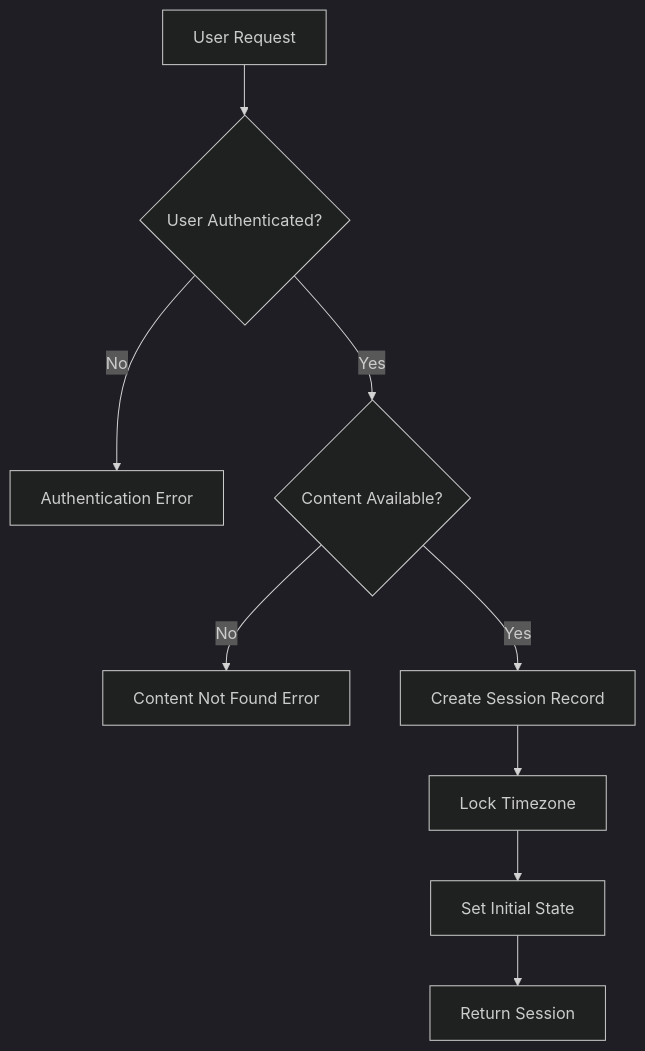
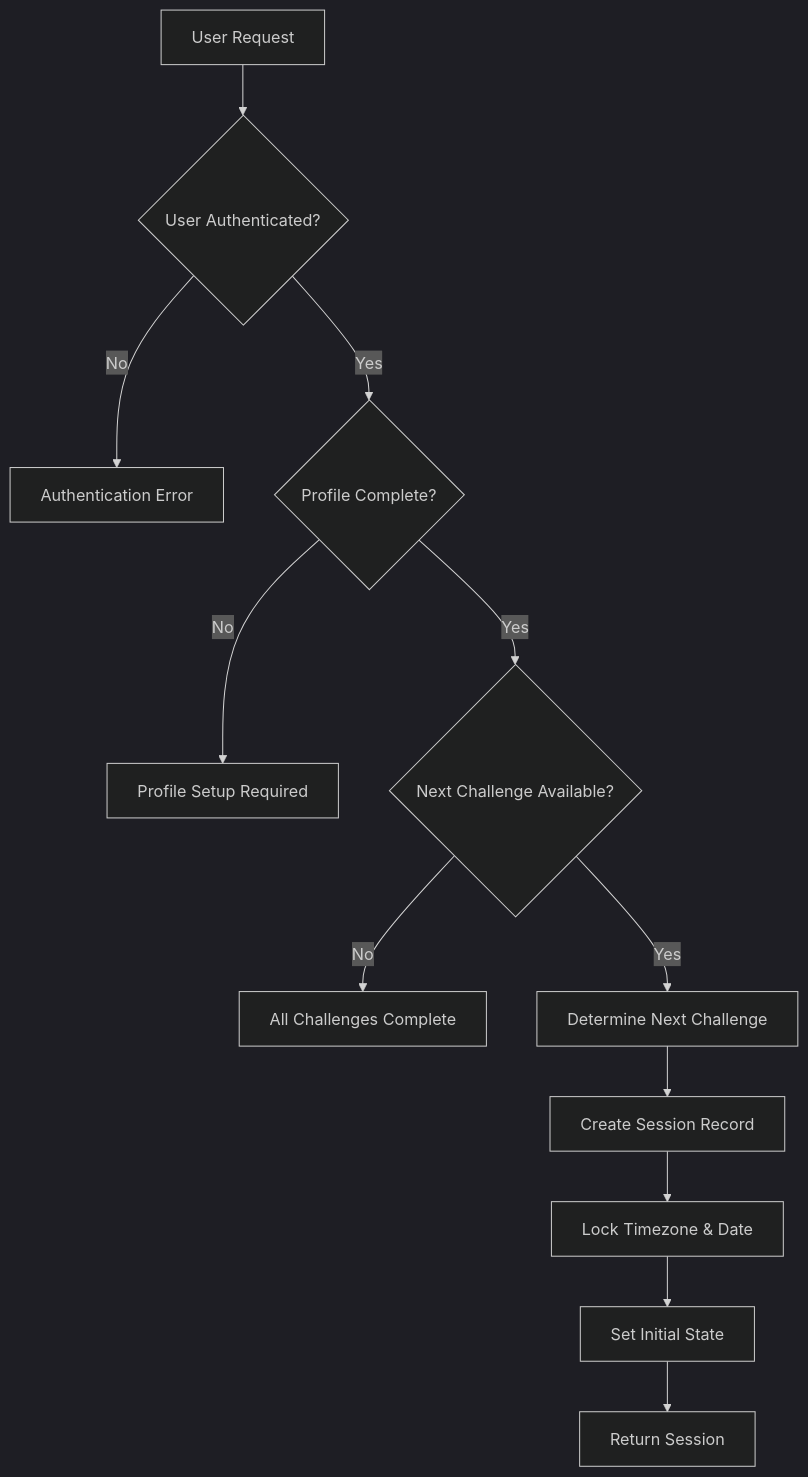
One commit to midearth-labs/fit-journey changed the second of 5 diagrams in game/design/low-level/game-session-engine.md. Above: the diagram before and after it, drawn with Mermaid (dark theme). The commit also changed other lines of this file and 2 other files, not shown here.

````diff
--- a/game/design/low-level/game-session-engine.md
+++ b/game/design/low-level/game-session-engine.md
@@ -340,11 +391,14 @@
 ```mermaid
 flowchart TD
     A[User Request] --> B{User Authenticated?}
     B -->|No| C[Authentication Error]
-    B -->|Yes| D{Content Available?}
-    D -->|No| E[Content Not Found Error]
-    D -->|Yes| F[Create Session Record]
-    F --> G[Lock Timezone]
-    G --> H[Set Initial State]
-    H --> I[Return Session]
+    B -->|Yes| D{Profile Complete?}
+    D -->|No| E[Profile Setup Required]
+    D -->|Yes| F{Next Challenge Available?}
+    F -->|No| G[All Challenges Complete]
+    F -->|Yes| H[Determine Next Challenge]
+    H --> I[Create Session Record]
+    I --> J[Lock Timezone & Date]
+    J --> K[Set Initial State]
+    K --> L[Return Session]
 ```
````
